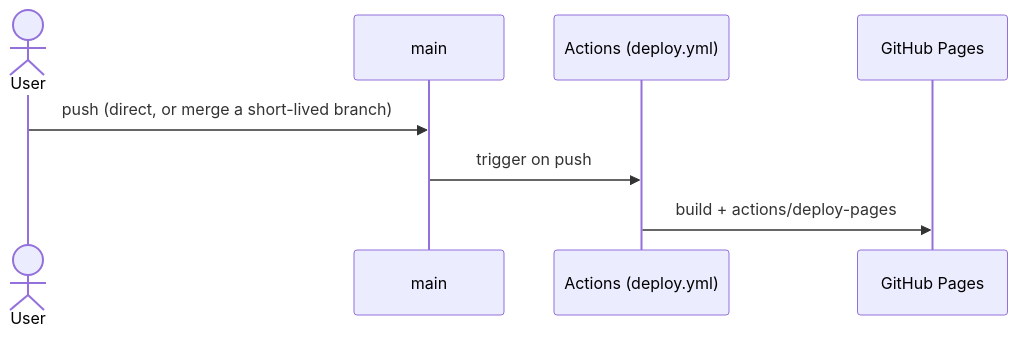
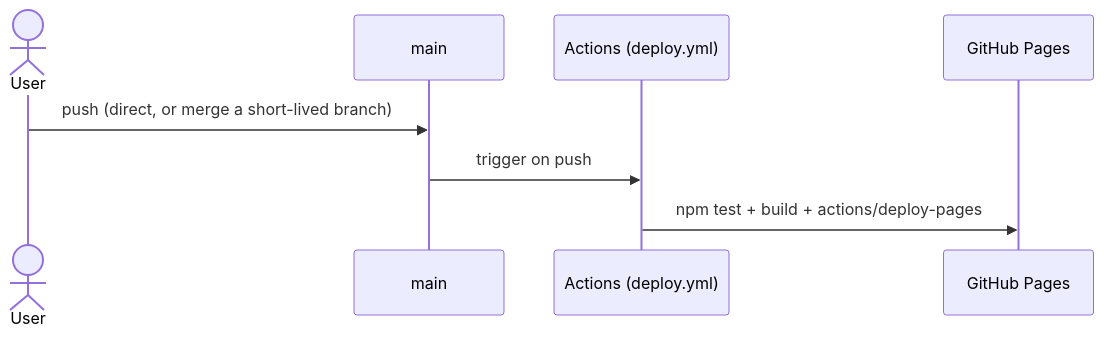
The seventh of 7 diagrams in docs/hldd/hldd.md (Povaz/cheatsheets), drawn with Mermaid before and after one commit. The commit also changed other lines of this file and 10 other files, not shown here.

First line of the commit message:
test: Vitest suite gates the deploy

````diff
--- a/docs/hldd/hldd.md
+++ b/docs/hldd/hldd.md
@@ -279,10 +279,10 @@
 ```mermaid
 sequenceDiagram
     actor U as User
     participant M as main
     participant GA as Actions (deploy.yml)
     participant P as GitHub Pages
     U->>M: push (direct, or merge a short-lived branch)
     M->>GA: trigger on push
-    GA->>P: build + actions/deploy-pages
+    GA->>P: npm test + build + actions/deploy-pages
 ```
````
